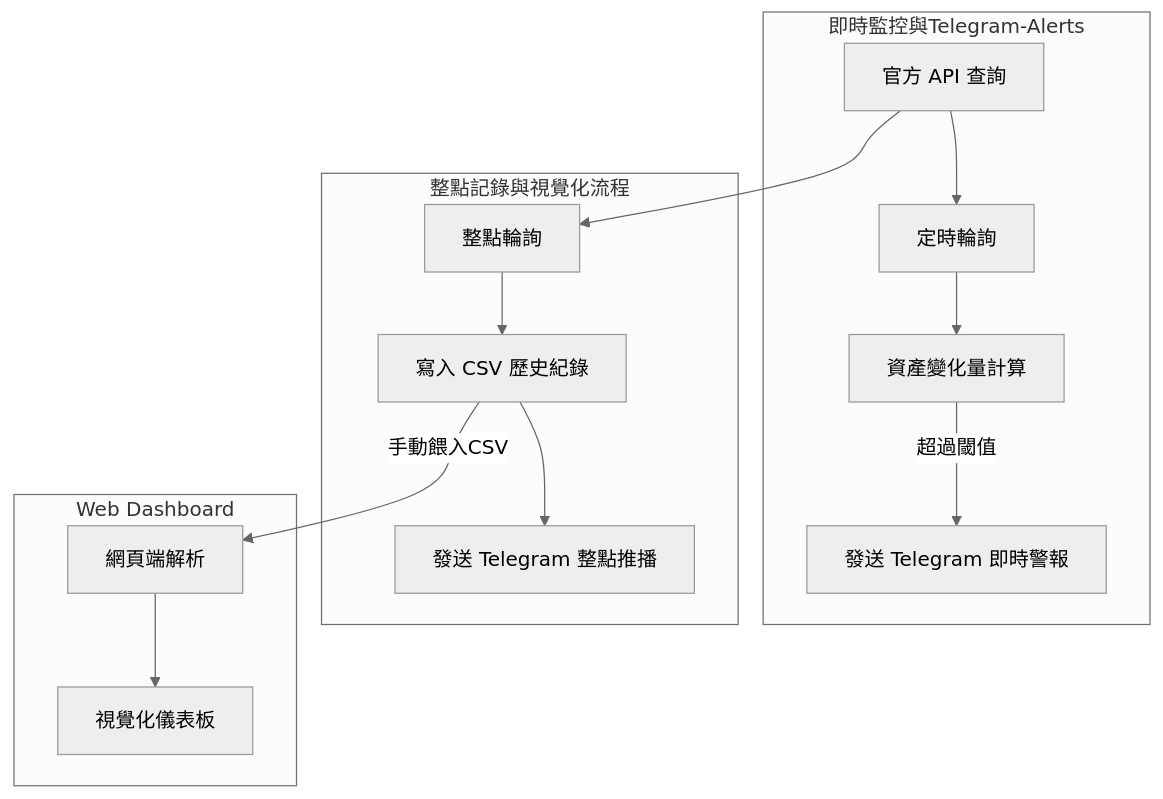
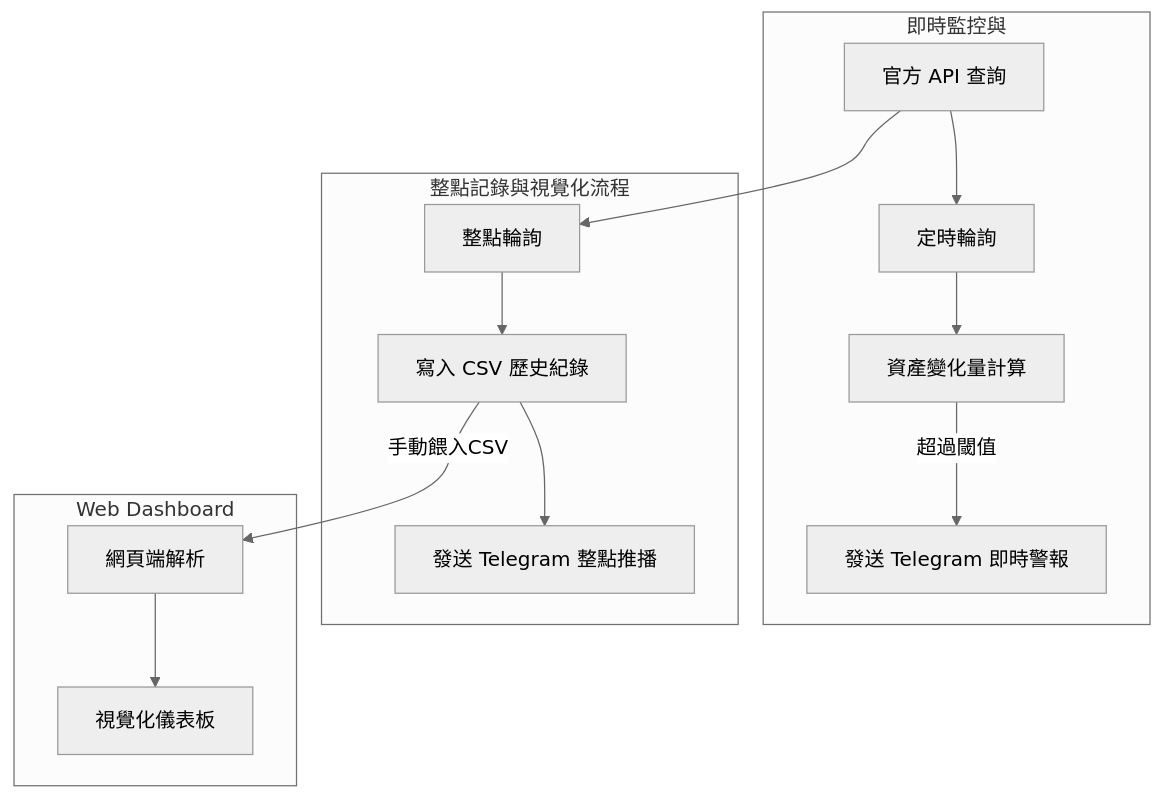
Before and after one commit to Zianwalk/lit-monitor-bot-showcase: the diagram in README.md, drawn with Mermaid (neutral theme).

````diff
--- a/README.md
+++ b/README.md
@@ -30,22 +30,22 @@
 ```mermaid
 flowchart TD
 
     API[官方 API 查詢]
 
-    subgraph 即時監控與Telegram-Alerts
+    subgraph 即時監控與
         API --> POLL[定時輪詢]
         POLL --> DELTA[資產變化量計算]
         DELTA -->|超過閾值| ALERT[發送 Telegram 即時警報]
     end
 
     subgraph 整點記錄與視覺化流程
         API --> HOUR[整點輪詢]
         HOUR --> CSV[寫入 CSV 歷史紀錄]
         CSV --> tg_record[發送 Telegram 整點推播]
     end
 
     subgraph Web Dashboard
         CSV --> |手動餵入CSV|WEB[網頁端解析]
         WEB --> DASH[視覺化儀表板]
     end
 ```
````
